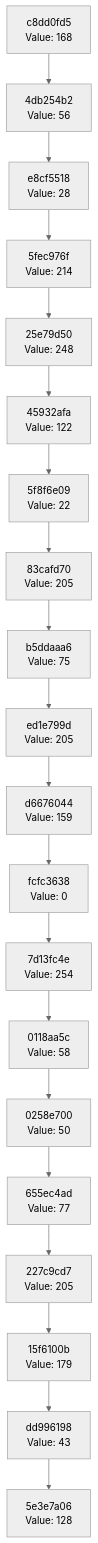
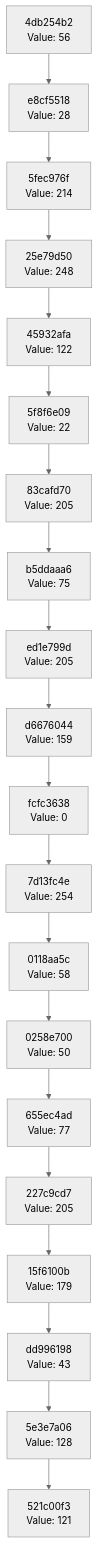
Before and after one commit to Abhisheksinha1506/hash-chain-evolver: the diagram in docs/CHAIN_VISUALIZATION.md, drawn with Mermaid (neutral theme). The commit also changed 2 other files, not shown here.

Commit message:
Evolution step: hash 0x79 → action executed

````diff
--- a/docs/CHAIN_VISUALIZATION.md
+++ b/docs/CHAIN_VISUALIZATION.md
@@ -3,42 +3,42 @@
 ```mermaid
 graph TD
-    C0["5e3e7a06<br/>Value: 128"]
-    C1["dd996198<br/>Value: 43"]
+    C0["521c00f3<br/>Value: 121"]
+    C1["5e3e7a06<br/>Value: 128"]
     C1 --> C0
-    C2["15f6100b<br/>Value: 179"]
+    C2["dd996198<br/>Value: 43"]
     C2 --> C1
-    C3["227c9cd7<br/>Value: 205"]
+    C3["15f6100b<br/>Value: 179"]
     C3 --> C2
-    C4["655ec4ad<br/>Value: 77"]
+    C4["227c9cd7<br/>Value: 205"]
     C4 --> C3
-    C5["0258e700<br/>Value: 50"]
+    C5["655ec4ad<br/>Value: 77"]
     C5 --> C4
-    C6["0118aa5c<br/>Value: 58"]
+    C6["0258e700<br/>Value: 50"]
     C6 --> C5
-    C7["7d13fc4e<br/>Value: 254"]
+    C7["0118aa5c<br/>Value: 58"]
     C7 --> C6
-    C8["fcfc3638<br/>Value: 0"]
+    C8["7d13fc4e<br/>Value: 254"]
     C8 --> C7
-    C9["d6676044<br/>Value: 159"]
+    C9["fcfc3638<br/>Value: 0"]
     C9 --> C8
-    C10["ed1e799d<br/>Value: 205"]
+    C10["d6676044<br/>Value: 159"]
     C10 --> C9
-    C11["b5ddaaa6<br/>Value: 75"]
+    C11["ed1e799d<br/>Value: 205"]
     C11 --> C10
-    C12["83cafd70<br/>Value: 205"]
+    C12["b5ddaaa6<br/>Value: 75"]
     C12 --> C11
-    C13["5f8f6e09<br/>Value: 22"]
+    C13["83cafd70<br/>Value: 205"]
     C13 --> C12
-    C14["45932afa<br/>Value: 122"]
+    C14["5f8f6e09<br/>Value: 22"]
     C14 --> C13
-    C15["25e79d50<br/>Value: 248"]
+    C15["45932afa<br/>Value: 122"]
     C15 --> C14
-    C16["5fec976f<br/>Value: 214"]
+    C16["25e79d50<br/>Value: 248"]
     C16 --> C15
-    C17["e8cf5518<br/>Value: 28"]
+    C17["5fec976f<br/>Value: 214"]
     C17 --> C16
-    C18["4db254b2<br/>Value: 56"]
+    C18["e8cf5518<br/>Value: 28"]
     C18 --> C17
-    C19["c8dd0fd5<br/>Value: 168"]
+    C19["4db254b2<br/>Value: 56"]
     C19 --> C18
 ```
````
